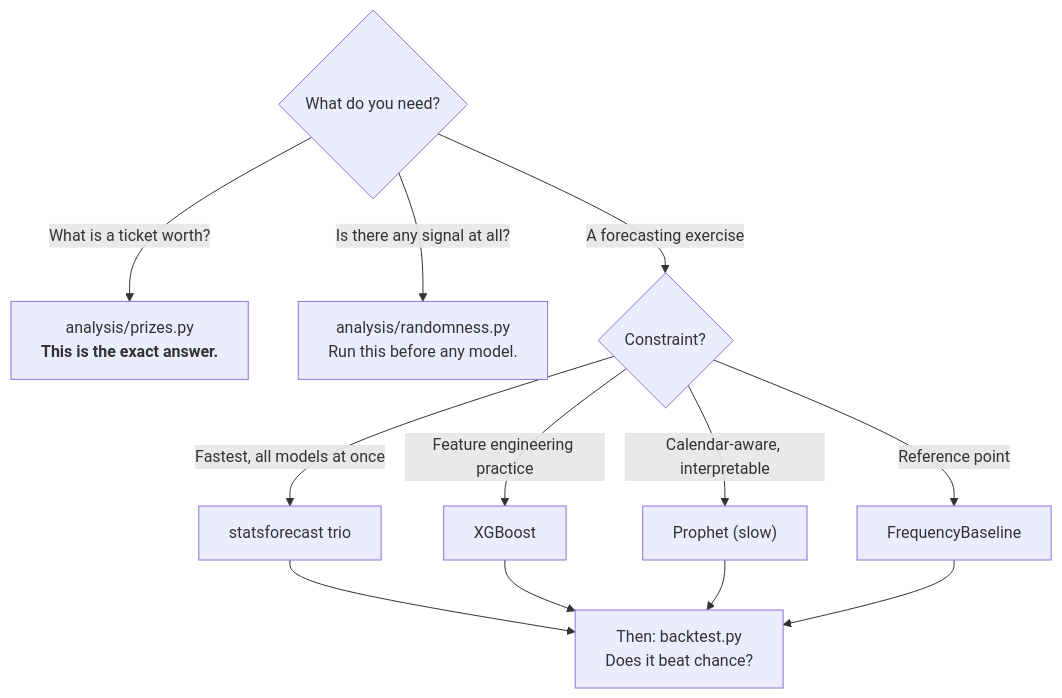
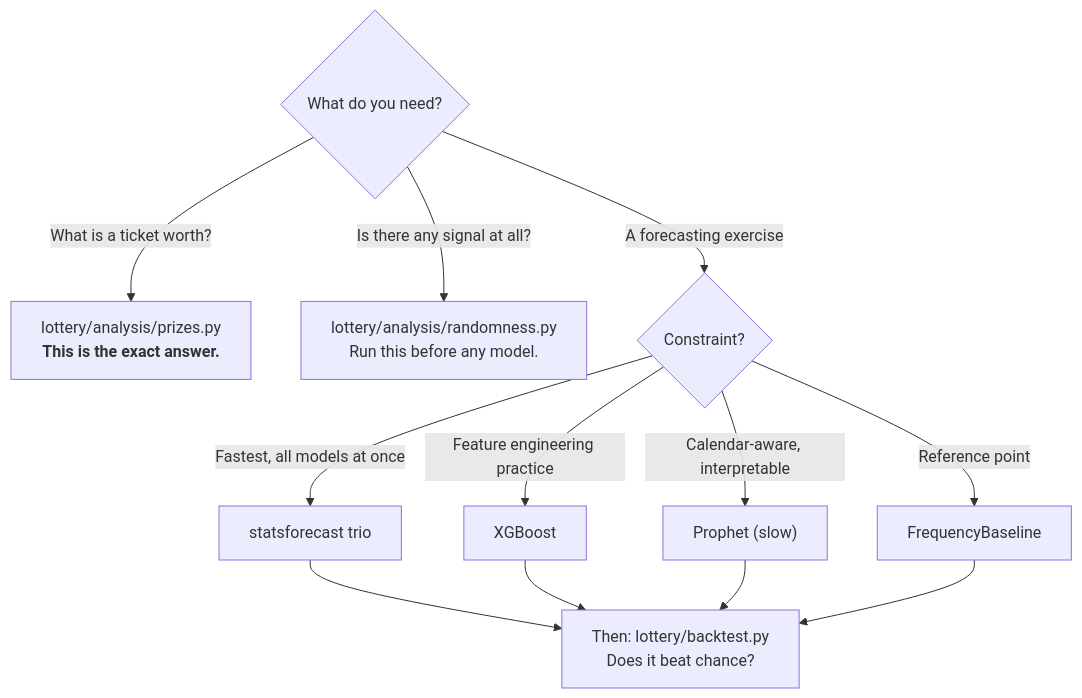
One commit to andresfelipe9619/prophet-playground changed the second of 2 diagrams in docs/models.md. Above: the diagram before and after it, drawn with Mermaid. The commit also changed other lines of this file and 48 other files, not shown here.

````diff
--- a/docs/models.md
+++ b/docs/models.md
@@ -201,12 +201,12 @@
 ```mermaid
 flowchart TD
     Q1{"What do you need?"}
-    Q1 -->|"What is a ticket worth?"| PRIZE["analysis/prizes.py<br/><b>This is the exact answer.</b>"]
-    Q1 -->|"Is there any signal at all?"| RAND["analysis/randomness.py<br/>Run this before any model."]
+    Q1 -->|"What is a ticket worth?"| PRIZE["lottery/analysis/prizes.py<br/><b>This is the exact answer.</b>"]
+    Q1 -->|"Is there any signal at all?"| RAND["lottery/analysis/randomness.py<br/>Run this before any model."]
     Q1 -->|"A forecasting exercise"| Q2{"Constraint?"}
     Q2 -->|"Fastest, all models at once"| SF["statsforecast trio"]
     Q2 -->|"Feature engineering practice"| XGB["XGBoost"]
     Q2 -->|"Calendar-aware, interpretable"| PROPH["Prophet (slow)"]
     Q2 -->|"Reference point"| FREQ["FrequencyBaseline"]
-    SF & XGB & PROPH & FREQ --> BT["Then: backtest.py<br/>Does it beat chance?"]
+    SF & XGB & PROPH & FREQ --> BT["Then: lottery/backtest.py<br/>Does it beat chance?"]
 ```
````
